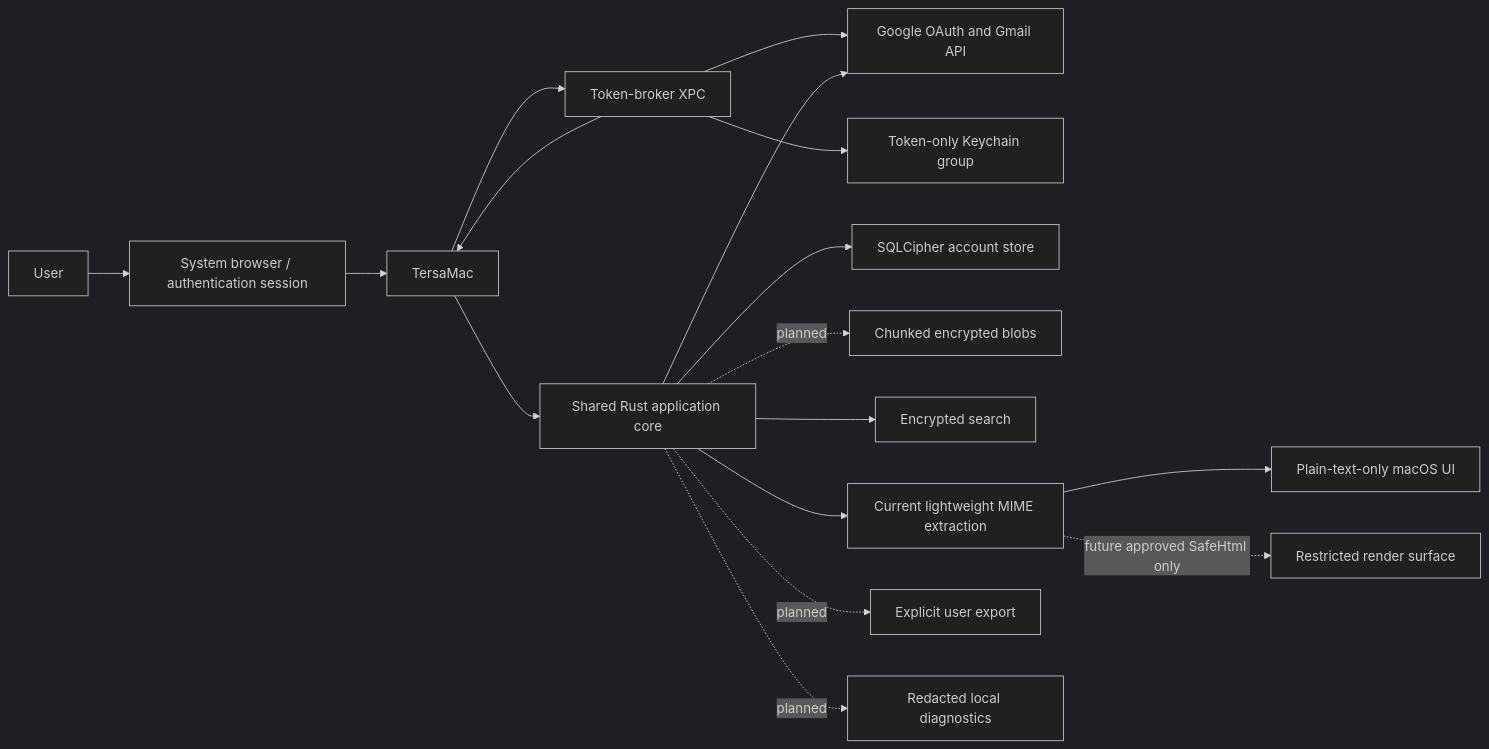
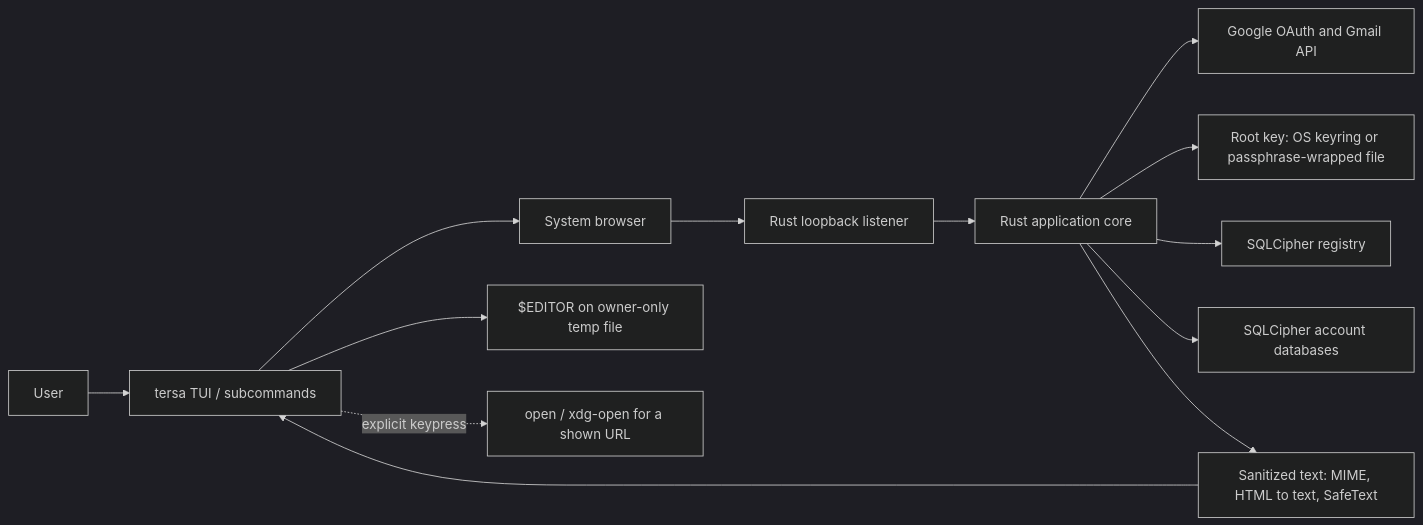
The diagram in docs/security/data-flow.md (matteoscurati/tersa.app), drawn with Mermaid (dark theme) before and after one commit. The commit also changed other lines of this file and 132 other files, not shown here.

First line of the commit message:
T0: terminal-only pivot (ADR 0031), remove Apple surface, slim xtask and CI (#118)

````diff
--- a/docs/security/data-flow.md
+++ b/docs/security/data-flow.md
@@ -13,19 +9,15 @@
 ```mermaid
 flowchart LR
-    USER[User] --> BROWSER[System browser / authentication session]
-    BROWSER --> MAIN[TersaMac]
-    MAIN --> BROKER[Token-broker XPC]
-    BROKER --> GOOGLE[Google OAuth and Gmail API]
-    BROKER --> TOKENKEYCHAIN[Token-only Keychain group]
-    BROKER --> MAIN
-    MAIN --> CORE[Shared Rust application core]
-    CORE --> GOOGLE
-    CORE --> DB[SQLCipher account store]
-    CORE -. planned .-> BLOBS[Chunked encrypted blobs]
-    CORE --> SEARCH[Encrypted search]
-    CORE --> MIME[Current lightweight MIME extraction]
-    MIME --> PLAIN[Plain-text-only macOS UI]
-    MIME -. future approved SafeHtml only .-> WEBKIT[Restricted render surface]
-    CORE -. planned .-> EXPORT[Explicit user export]
-    CORE -. planned .-> DIAG[Redacted local diagnostics]
+    USER[User] --> TUI[tersa TUI / subcommands]
+    TUI --> BROWSER[System browser]
+    BROWSER --> LOOPBACK[Rust loopback listener]
+    LOOPBACK --> CORE[Rust application core]
+    CORE --> GOOGLE[Google OAuth and Gmail API]
+    CORE --> KEYS[Root key: OS keyring or passphrase-wrapped file]
+    CORE --> REG[SQLCipher registry]
+    CORE --> DB[SQLCipher account databases]
+    CORE --> SAFE[Sanitized text: MIME, HTML to text, SafeText]
+    SAFE --> TUI
+    TUI --> EDITOR[$EDITOR on owner-only temp file]
+    TUI -. explicit keypress .-> OPENER[open / xdg-open for a shown URL]
 ```
````
